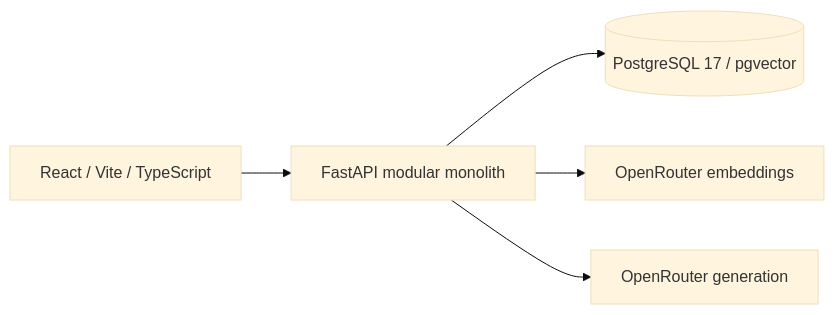
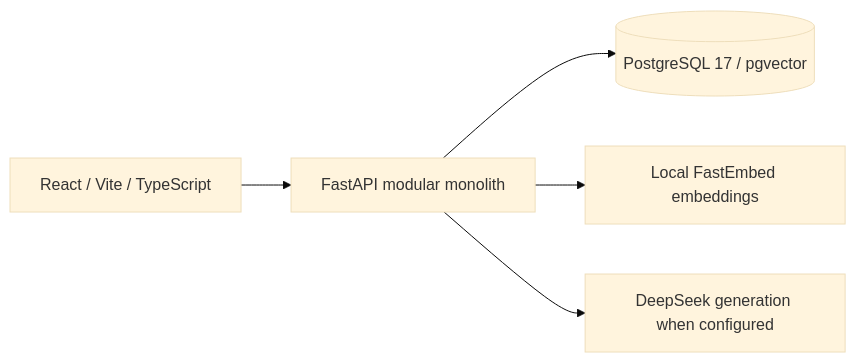
Before and after one commit to justinchristroper-arch/helpdesk-ai: the first of 2 diagrams in README.md, drawn with Mermaid (base theme). The commit also changed other lines of this file and 27 other files, not shown here.

Commit message:
Validate local pgvector retrieval and prepare DeepSeek adapter

````diff
--- a/README.md
+++ b/README.md
@@ -29,7 +29,7 @@
 ```mermaid
 flowchart LR
   A[React / Vite / TypeScript] --> B[FastAPI modular monolith]
   B --> C[(PostgreSQL 17 / pgvector)]
-  B --> D[OpenRouter embeddings]
-  B --> E[OpenRouter generation]
+  B --> D[Local FastEmbed embeddings]
+  B --> E[DeepSeek generation when configured]
 ```
````
